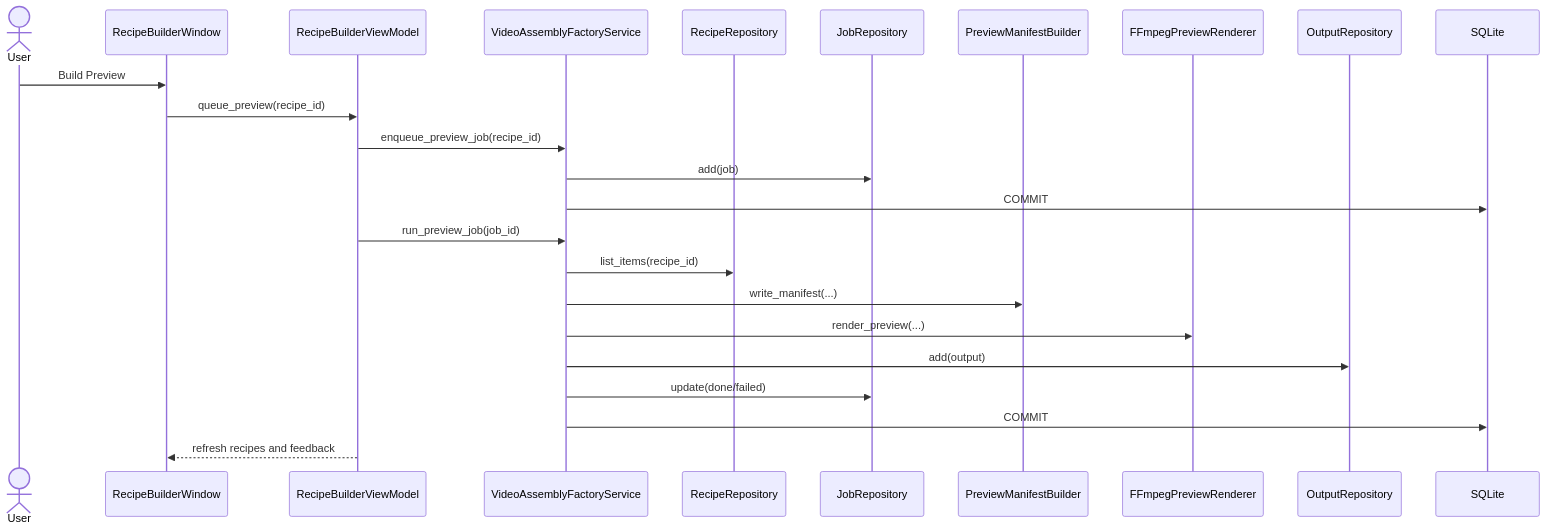
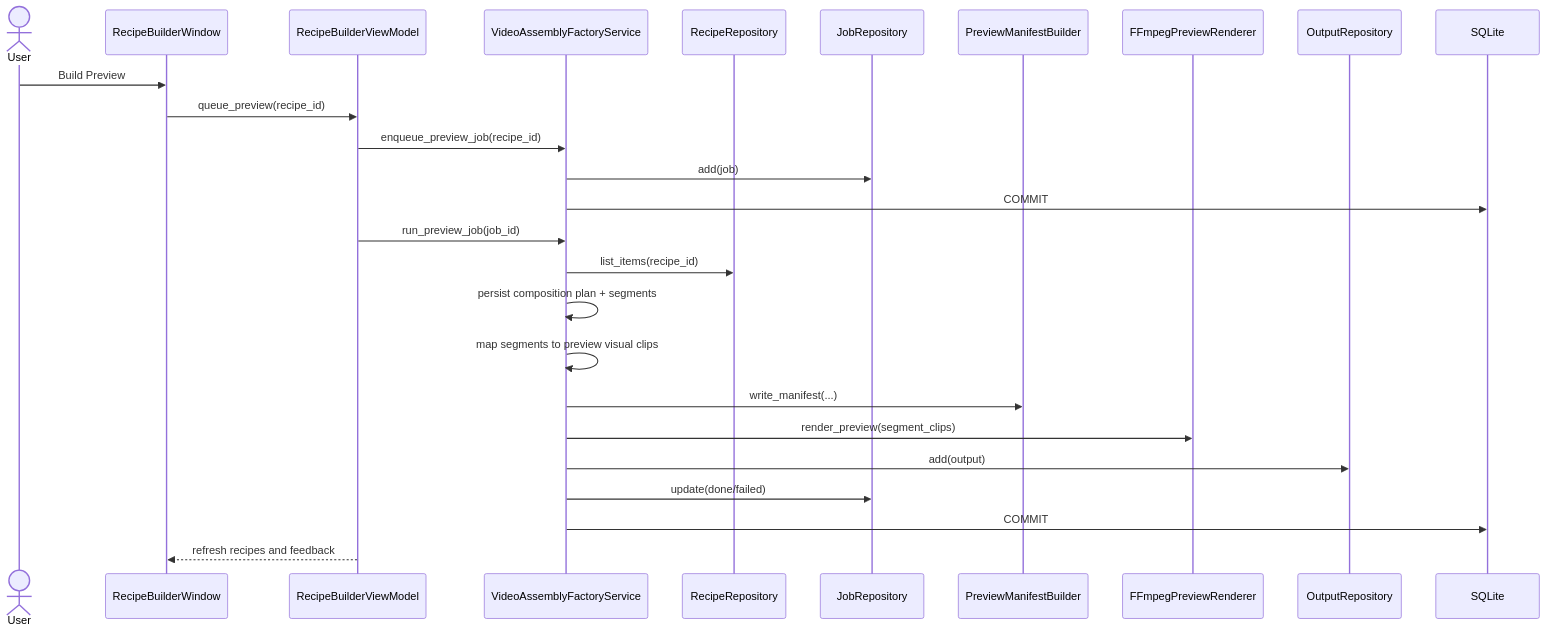
Before and after one commit to idev006/MTClipFactory: the fourth of 13 diagrams in doc/10_UML_System_Overview.md, drawn with Mermaid. The commit also changed other lines of this file and 16 other files, not shown here.

Commit message:
Add segment-aware preview composition

````diff
--- a/doc/10_UML_System_Overview.md
+++ b/doc/10_UML_System_Overview.md
@@ -273,27 +281,29 @@
 ```mermaid
 sequenceDiagram
     actor User
     participant View as RecipeBuilderWindow
     participant VM as RecipeBuilderViewModel
     participant Factory as VideoAssemblyFactoryService
     participant RecipeRepo as RecipeRepository
     participant JobRepo as JobRepository
     participant Preview as PreviewManifestBuilder
     participant Render as FFmpegPreviewRenderer
     participant Out as OutputRepository
     participant DB as SQLite
 
     User->>View: Build Preview
     View->>VM: queue_preview(recipe_id)
     VM->>Factory: enqueue_preview_job(recipe_id)
     Factory->>JobRepo: add(job)
     Factory->>DB: COMMIT
     VM->>Factory: run_preview_job(job_id)
     Factory->>RecipeRepo: list_items(recipe_id)
+    Factory->>Factory: persist composition plan + segments
+    Factory->>Factory: map segments to preview visual clips
     Factory->>Preview: write_manifest(...)
-    Factory->>Render: render_preview(...)
+    Factory->>Render: render_preview(segment_clips)
     Factory->>Out: add(output)
     Factory->>JobRepo: update(done/failed)
     Factory->>DB: COMMIT
     VM-->>View: refresh recipes and feedback
 ```
````
